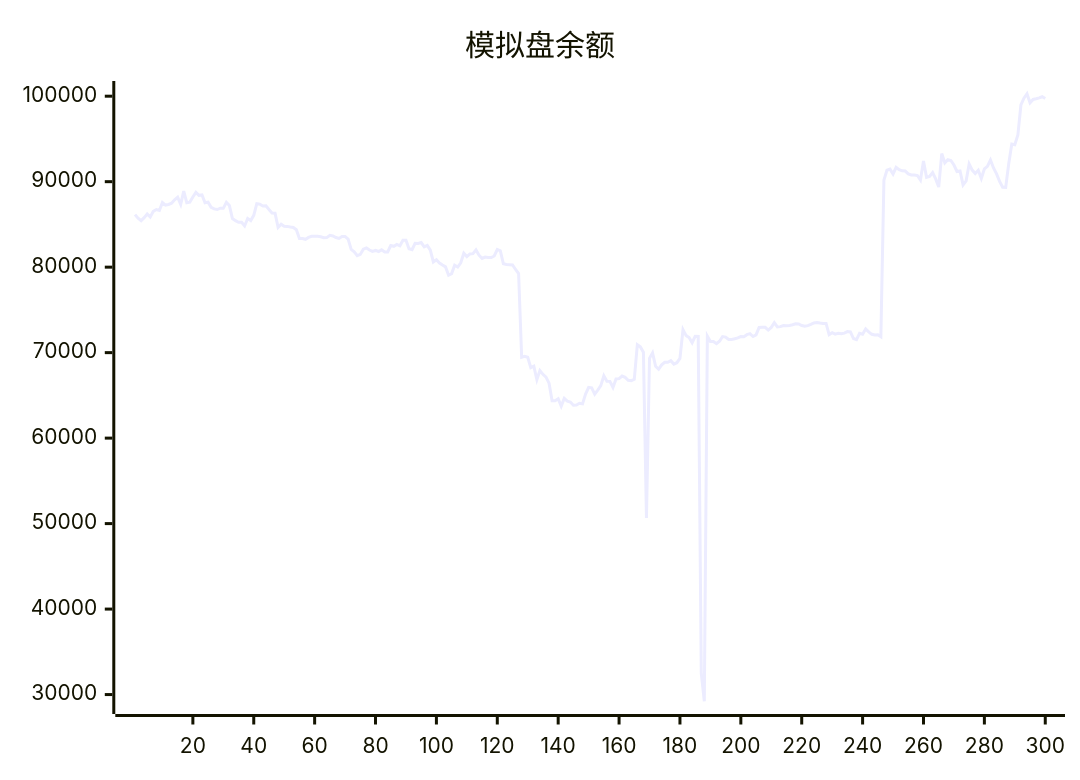
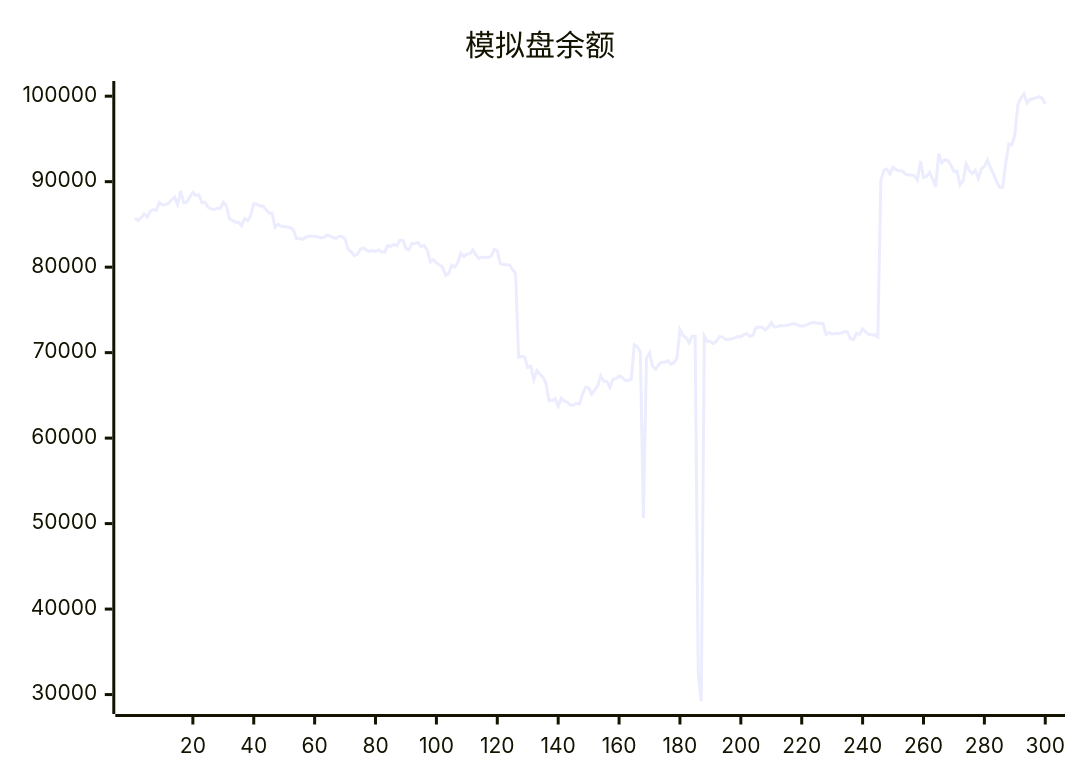
The diagram in README.md (aahl/ai-trading), drawn with Mermaid before and after one commit. The commit also changed other lines of this file and 1 other file, not shown here.

````diff
--- a/README.md
+++ b/README.md
@@ -5,5 +5,5 @@
 ```mermaid
 xychart
     title "模拟盘余额"
-    line [86143,85725,85437,85787,86219,85859,86526,86740,86630,87563,87264,87335,87483,87886,88180,87335,88894,87544,87608,88207,88755,88401,88444,87543,87608,87000,86810,86740,86894,86884,87576,87209,85686,85435,85251,85255,84820,85689,85453,86066,87420,87373,87161,87178,86740,86341,86315,84643,85012,84772,84768,84690,84635,84376,83360,83357,83259,83474,83608,83606,83602,83548,83440,83454,83724,83644,83464,83365,83590,83592,83275,82072,81806,81344,81492,82109,82254,82006,81848,81955,81829,82022,81769,81776,82522,82441,82656,82498,83144,83144,82150,82038,82797,82763,82872,82367,82536,81981,80612,80862,80484,80242,80034,79063,79245,80226,80016,80507,81625,81233,81544,81578,82016,81401,81019,81186,81130,81118,81306,82066,81909,80392,80304,80291,80258,79729,79261,69466,69579,69456,68251,68415,66832,67911,67462,67144,66432,64380,64375,64606,63740,64647,64324,64216,63842,63877,64078,64008,65156,65945,65888,65157,65625,66144,67284,66653,66639,65924,66925,66956,67263,67108,66766,66729,66886,70927,70673,70049,50652,69334,69973,68400,68061,68578,68876,68879,69055,68662,68822,69329,72687,71999,71760,71162,71911,71896,32500,29218,71927,71297,71305,71044,71337,71883,71822,71536,71536,71622,71723,71880,71860,72100,72216,71887,72077,72940,72976,72966,72638,72948,73497,73004,73041,73173,73160,73186,73258,73375,73351,73173,73098,73161,73305,73474,73536,73457,73413,73412,72100,72333,72164,72272,72204,72285,72461,72421,71652,71521,72267,72157,72774,72424,72144,72060,72091,71858,90185,91338,91466,90900,91678,91404,91268,91244,90903,90779,90787,90721,90187,92429,90518,90619,91070,90328,89376,93286,92202,92581,92485,91947,91196,91259,89619,90086,92063,91355,90950,91327,90373,91498,91800,92531,91603,90910,90031,89351,89334,92097,94406,94315,95455,98972,99763,100286,99229,99622,99701,99805,99938,99738]
+    line [85725,85437,85787,86219,85859,86526,86740,86630,87563,87264,87335,87483,87886,88180,87335,88894,87544,87608,88207,88755,88401,88444,87543,87608,87000,86810,86740,86894,86884,87576,87209,85686,85435,85251,85255,84820,85689,85453,86066,87420,87373,87161,87178,86740,86341,86315,84643,85012,84772,84768,84690,84635,84376,83360,83357,83259,83474,83608,83606,83602,83548,83440,83454,83724,83644,83464,83365,83590,83592,83275,82072,81806,81344,81492,82109,82254,82006,81848,81955,81829,82022,81769,81776,82522,82441,82656,82498,83144,83144,82150,82038,82797,82763,82872,82367,82536,81981,80612,80862,80484,80242,80034,79063,79245,80226,80016,80507,81625,81233,81544,81578,82016,81401,81019,81186,81130,81118,81306,82066,81909,80392,80304,80291,80258,79729,79261,69466,69579,69456,68251,68415,66832,67911,67462,67144,66432,64380,64375,64606,63740,64647,64324,64216,63842,63877,64078,64008,65156,65945,65888,65157,65625,66144,67284,66653,66639,65924,66925,66956,67263,67108,66766,66729,66886,70927,70673,70049,50652,69334,69973,68400,68061,68578,68876,68879,69055,68662,68822,69329,72687,71999,71760,71162,71911,71896,32500,29218,71927,71297,71305,71044,71337,71883,71822,71536,71536,71622,71723,71880,71860,72100,72216,71887,72077,72940,72976,72966,72638,72948,73497,73004,73041,73173,73160,73186,73258,73375,73351,73173,73098,73161,73305,73474,73536,73457,73413,73412,72100,72333,72164,72272,72204,72285,72461,72421,71652,71521,72267,72157,72774,72424,72144,72060,72091,71858,90185,91338,91466,90900,91678,91404,91268,91244,90903,90779,90787,90721,90187,92429,90518,90619,91070,90328,89376,93286,92202,92581,92485,91947,91196,91259,89619,90086,92063,91355,90950,91327,90373,91498,91800,92531,91603,90910,90031,89351,89334,92097,94406,94315,95455,98972,99763,100286,99229,99622,99701,99805,99938,99738,99082]
 ```
````
